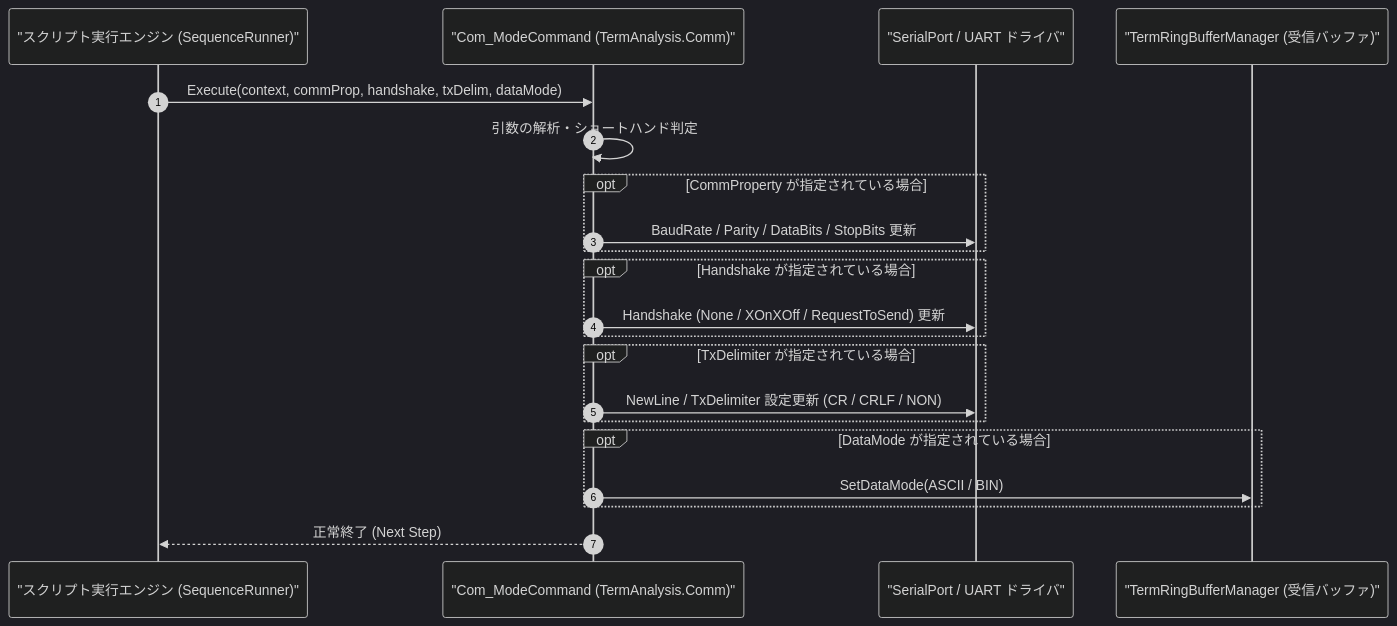
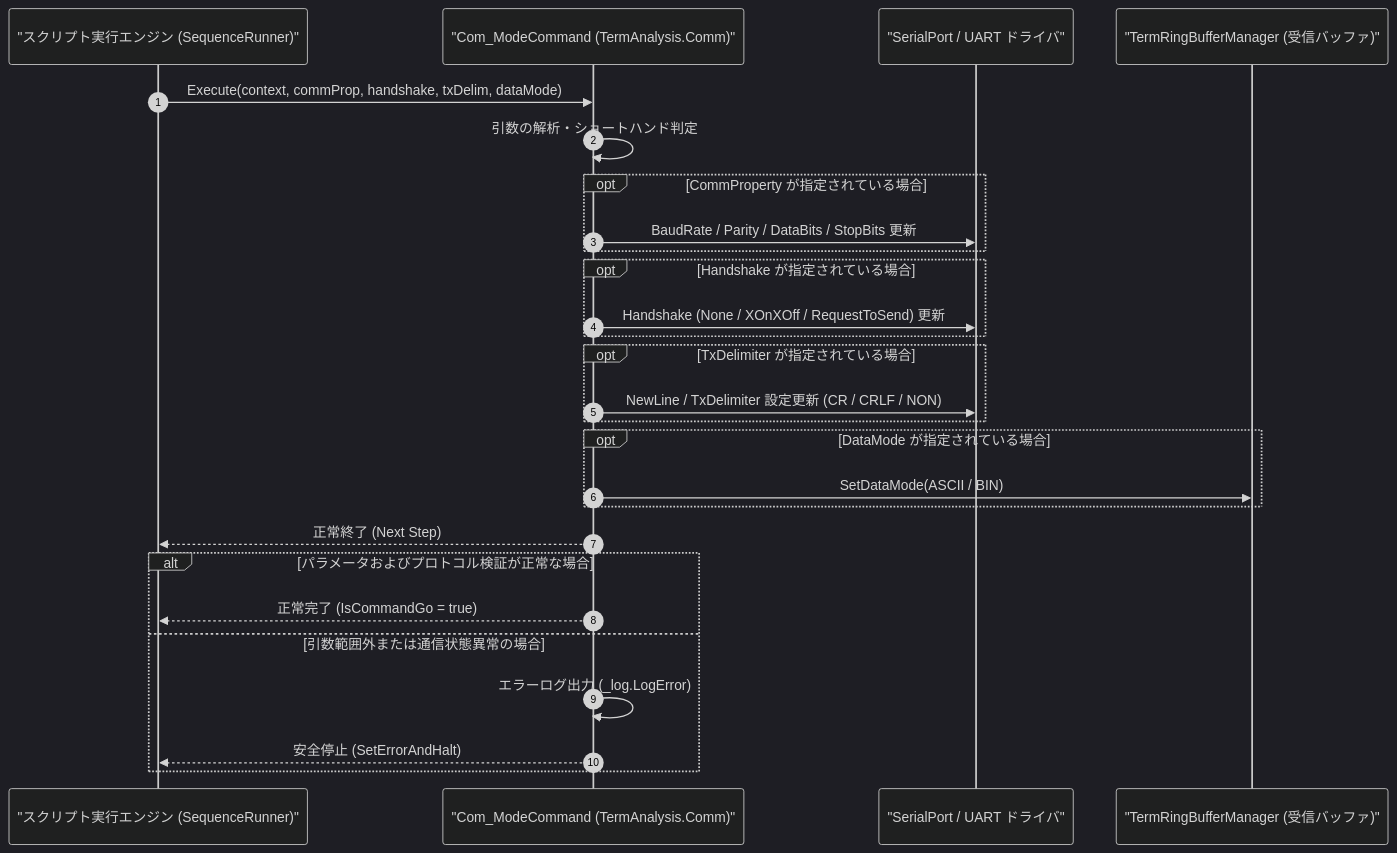
One commit to Monaca-App/TermAddIn_Comm changed the diagram in Manual/Comm/Com_Mode.Md. Above: the diagram before and after it, drawn with Mermaid (dark theme). The commit also changed other lines of this file and 8 other files, not shown here.

````diff
--- a/Manual/Comm/Com_Mode.Md
+++ b/Manual/Comm/Com_Mode.Md
@@ -75,24 +70,30 @@
 ```mermaid
 sequenceDiagram
     autonumber
     participant Script as "スクリプト実行エンジン (SequenceRunner)"
     participant Cmd as "Com_ModeCommand (TermAnalysis.Comm)"
     participant Port as "SerialPort / UART ドライバ"
     participant Buf as "TermRingBufferManager (受信バッファ)"
 
     Script->>Cmd: Execute(context, commProp, handshake, txDelim, dataMode)
     Cmd->>Cmd: 引数の解析・ショートハンド判定
     opt CommProperty が指定されている場合
         Cmd->>Port: BaudRate / Parity / DataBits / StopBits 更新
     end
     opt Handshake が指定されている場合
         Cmd->>Port: Handshake (None / XOnXOff / RequestToSend) 更新
     end
     opt TxDelimiter が指定されている場合
         Cmd->>Port: NewLine / TxDelimiter 設定更新 (CR / CRLF / NON)
     end
     opt DataMode が指定されている場合
         Cmd->>Buf: SetDataMode(ASCII / BIN)
     end
     Cmd-->>Script: 正常終了 (Next Step)
+    alt パラメータおよびプロトコル検証が正常な場合
+        Cmd-->>Script: 正常完了 (IsCommandGo = true)
+    else 引数範囲外または通信状態異常の場合
+        Cmd->>Cmd: エラーログ出力 (_log.LogError)
+        Cmd-->>Script: 安全停止 (SetErrorAndHalt)
+    end
 ```
````
